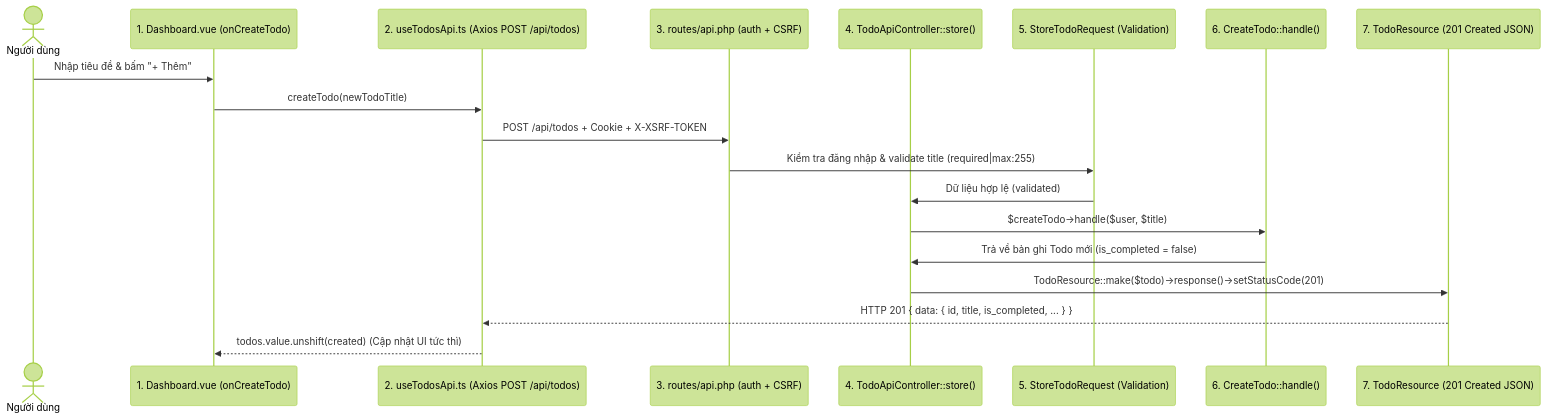
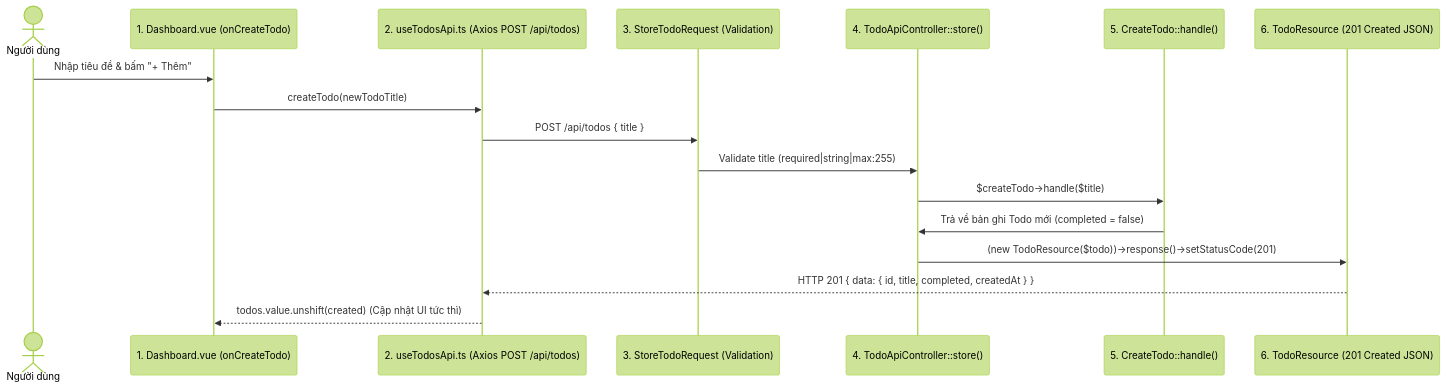
One commit to nguynbon03/TodoApp changed the second of 2 diagrams in README.md. Above: the diagram before and after it, drawn with Mermaid (forest theme). The commit also changed other lines of this file and 300 other files, not shown here.

Commit message:
refactor(todo): prune starter-kit boilerplate and keep pure TodoApp Clean Architecture

````diff
--- a/README.md
+++ b/README.md
@@ -79,22 +78,20 @@
 ```mermaid
 sequenceDiagram
     actor User as Người dùng
     participant Vue as 1. Dashboard.vue (onCreateTodo)
     participant Api as 2. useTodosApi.ts (Axios POST /api/todos)
-    participant Route as 3. routes/api.php (auth + CSRF)
+    participant Req as 3. StoreTodoRequest (Validation)
     participant Ctrl as 4. TodoApiController::store()
-    participant Req as 5. StoreTodoRequest (Validation)
-    participant Act as 6. CreateTodo::handle()
-    participant Res as 7. TodoResource (201 Created JSON)
+    participant Act as 5. CreateTodo::handle()
+    participant Res as 6. TodoResource (201 Created JSON)
 
     User->>Vue: Nhập tiêu đề & bấm "+ Thêm"
     Vue->>Api: createTodo(newTodoTitle)
-    Api->>Route: POST /api/todos + Cookie + X-XSRF-TOKEN
-    Route->>Req: Kiểm tra đăng nhập & validate title (required|max:255)
-    Req->>Ctrl: Dữ liệu hợp lệ (validated)
-    Ctrl->>Act: $createTodo->handle($user, $title)
-    Act->>Ctrl: Trả về bản ghi Todo mới (is_completed = false)
-    Ctrl->>Res: TodoResource::make($todo)->response()->setStatusCode(201)
-    Res-->>Api: HTTP 201 { data: { id, title, is_completed, ... } }
+    Api->>Req: POST /api/todos { title }
+    Req->>Ctrl: Validate title (required|string|max:255)
+    Ctrl->>Act: $createTodo->handle($title)
+    Act->>Ctrl: Trả về bản ghi Todo mới (completed = false)
+    Ctrl->>Res: (new TodoResource($todo))->response()->setStatusCode(201)
+    Res-->>Api: HTTP 201 { data: { id, title, completed, createdAt } }
     Api-->>Vue: todos.value.unshift(created) (Cập nhật UI tức thì)
 ```
````
